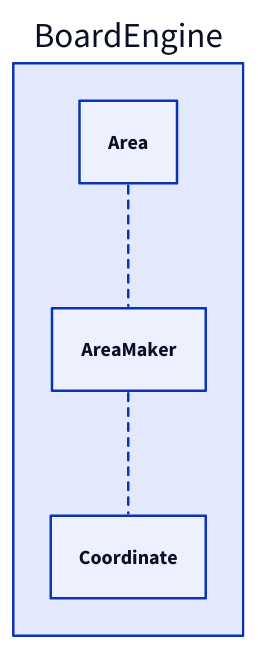
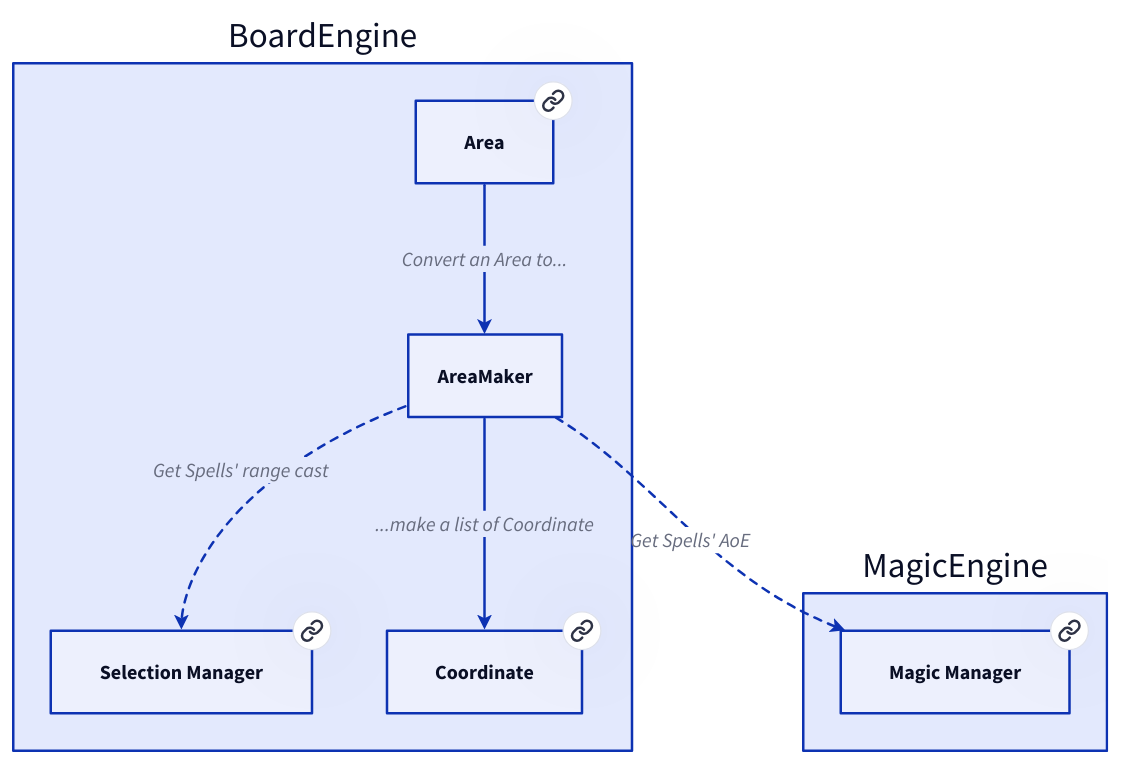
The diagram in doc/BoardEngine/AreaMaker.md (Portevent/Brume-Documentation), drawn with D2 before and after one commit. The commit also changed 88 other files, not shown here.

````diff
--- a/doc/BoardEngine/AreaMaker.md
+++ b/doc/BoardEngine/AreaMaker.md
@@ -10,12 +10,38 @@
 ```d2
 # Nodes :
 BoardEngine: {
-    Area: Area
-    Coordinate: Coordinate
+    Area: Area {
+       link: Area
+    }
+    SelectionManager: Selection Manager {
+       link: SelectionManager
+    }
+    Coordinate: Coordinate {
+       link: Coordinate
+    }
+}
+MagicEngine: {
+    MagicManager: Magic Manager {
+       link: MagicManager
+    }
 }
 
 # Links :
-BoardEngine.AreaMaker -- BoardEngine.Coordinate: {style.stroke-dash: 3}
-BoardEngine.Area -- BoardEngine.AreaMaker: {style.stroke-dash: 3}
+BoardEngine.AreaMaker -> BoardEngine.Coordinate: ...make a list of Coordinate {
+source-arrowhead: {}
+target-arrowhead: {shape: arrow}
+}
+BoardEngine.Area -> BoardEngine.AreaMaker: Convert an Area to... {
+source-arrowhead: {}
+target-arrowhead: {shape: arrow}
+}
+BoardEngine.AreaMaker -> MagicEngine.MagicManager: Get Spells' AoE {style.stroke-dash: 3
+source-arrowhead: {}
+target-arrowhead: {shape: arrow}
+}
+BoardEngine.AreaMaker -> BoardEngine.SelectionManager: Get Spells' range cast {style.stroke-dash: 3
+source-arrowhead: {}
+target-arrowhead: {shape: arrow}
+}
 
 ```
````
